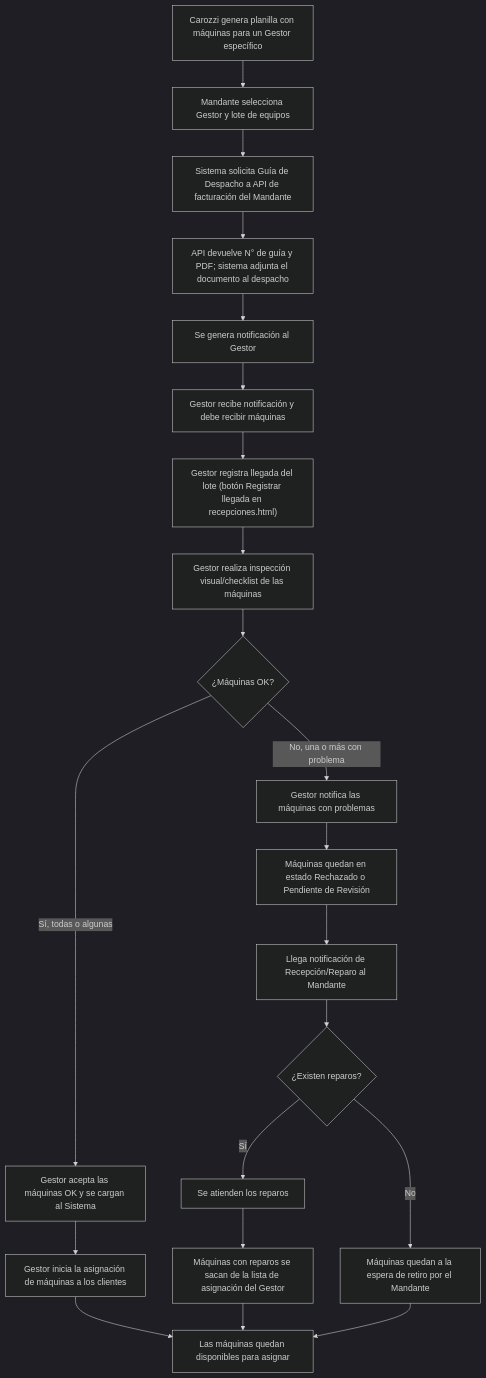
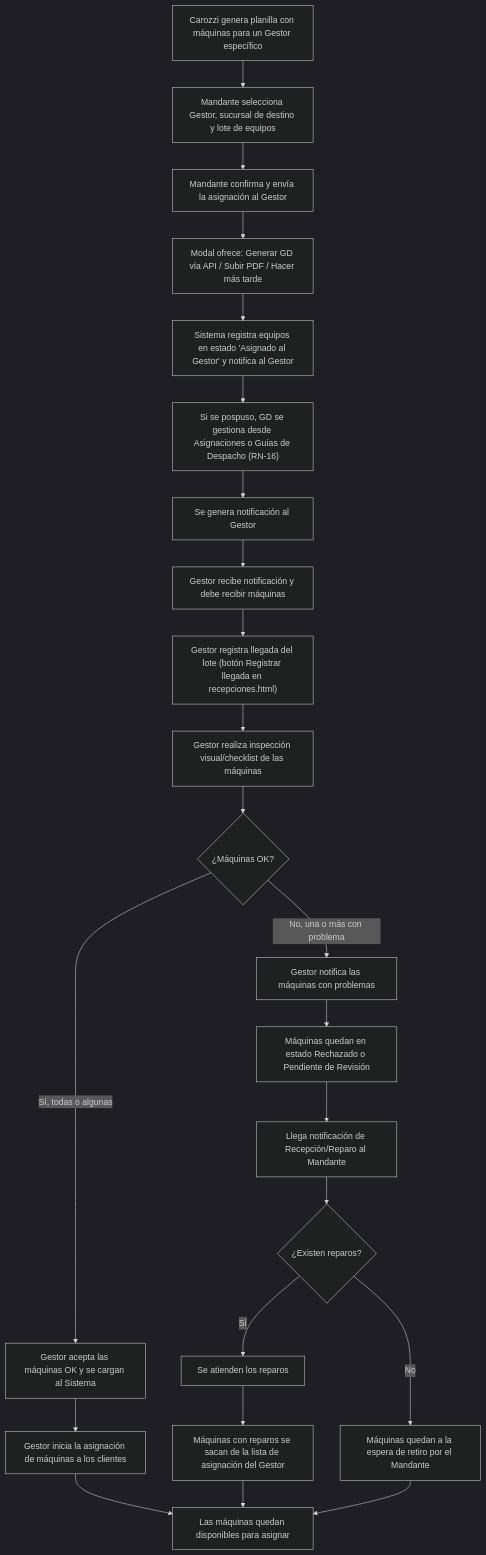
One commit to nicolascasanova0799/Prototipo-Maquinas changed the second of 7 diagrams in .gitbook/docs/diagramas-del-sistema.md. Above: the diagram before and after it, drawn with Mermaid (dark theme). The commit also changed other lines of this file and 57 other files, not shown here.

First line of the commit message:
Add changelog documentation tracking 14 applied prototype changes from obs1.md review session, including Carozzi rebrand, Gestor terminology, multi-address support, GD generation flow, inspection templates, and RUT field additions

````diff
--- a/.gitbook/docs/diagramas-del-sistema.md
+++ b/.gitbook/docs/diagramas-del-sistema.md
@@ -49,27 +49,29 @@
 ```mermaid
 flowchart TD
-    A["Carozzi genera planilla con máquinas para un Gestor específico"] --> B["Mandante selecciona Gestor y lote de equipos"]
-    B --> B2["Sistema solicita Guía de Despacho a API de facturación del Mandante"]
-    B2 --> B3["API devuelve N° de guía y PDF; sistema adjunta el documento al despacho"]
-    B3 --> C["Se genera notificación al Gestor"]
+    A["Carozzi genera planilla con máquinas para un Gestor específico"] --> B["Mandante selecciona Gestor, sucursal de destino y lote de equipos"]
+    B --> B2["Mandante confirma y envía la asignación al Gestor"]
+    B2 --> B3["Modal ofrece: Generar GD vía API / Subir PDF / Hacer más tarde"]
+    B3 --> B4["Sistema registra equipos en estado 'Asignado al Gestor' y notifica al Gestor"]
+    B4 --> B5["Si se pospuso, GD se gestiona desde Asignaciones o Guías de Despacho (RN-16)"]
+    B5 --> C["Se genera notificación al Gestor"]
     C --> D["Gestor recibe notificación y debe recibir máquinas"]
     D --> D2["Gestor registra llegada del lote (botón Registrar llegada en recepciones.html)"]
     D2 --> E["Gestor realiza inspección visual/checklist de las máquinas"]
     E --> F{"¿Máquinas OK?"}
 
     F -->|"Sí, todas o algunas"| G["Gestor acepta las máquinas OK y se cargan al Sistema"]
     G --> H["Gestor inicia la asignación de máquinas a los clientes"]
     H --> O["Las máquinas quedan disponibles para asignar"]
 
     F -->|"No, una o más con problema"| I["Gestor notifica las máquinas con problemas"]
     I --> J["Máquinas quedan en estado Rechazado o Pendiente de Revisión"]
     J --> K["Llega notificación de Recepción/Reparo al Mandante"]
     K --> L{"¿Existen reparos?"}
 
     L -->|"Sí"| M["Se atienden los reparos"]
     M --> N["Máquinas con reparos se sacan de la lista de asignación del Gestor"]
     N --> O
 
     L -->|"No"| P["Máquinas quedan a la espera de retiro por el Mandante"]
     P --> O
 ```
````
